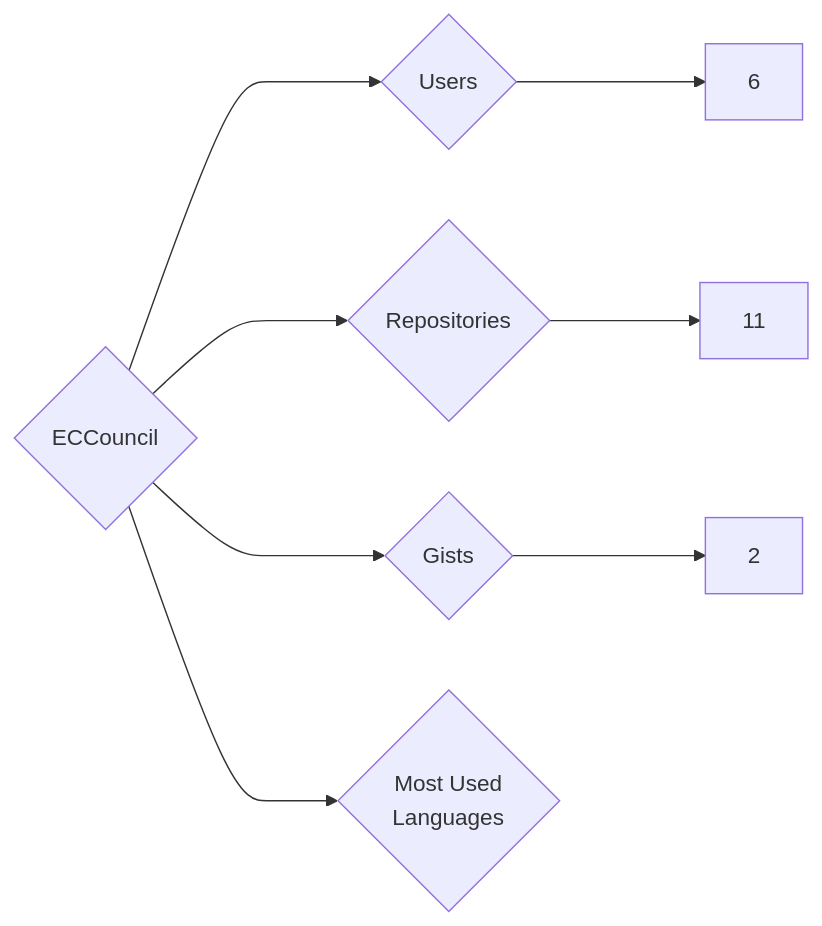
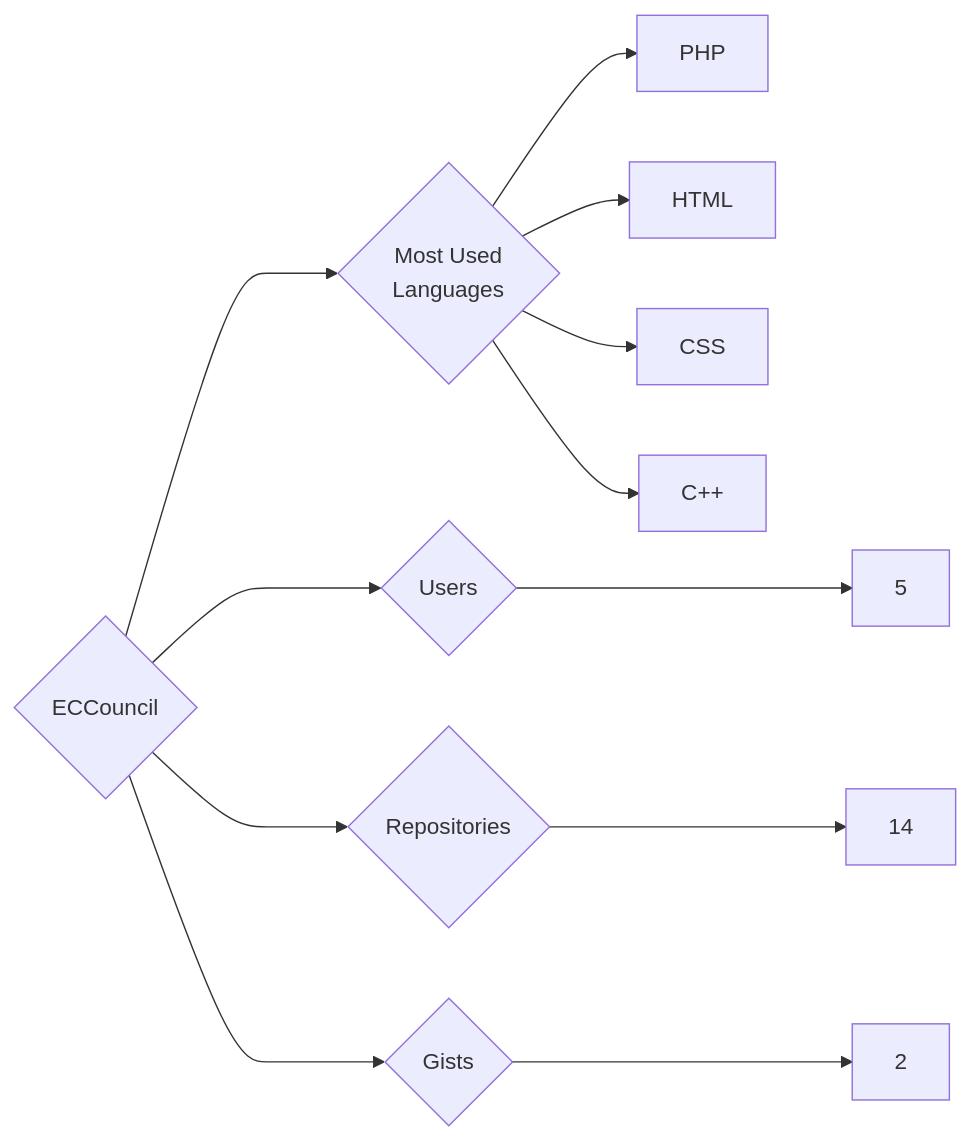
One commit to trickest/insiders changed the diagram in targets/ECCouncil/README.md. Above: the diagram before and after it, drawn with Mermaid. The commit also changed 988 other files, not shown here.

````diff
--- a/targets/ECCouncil/README.md
+++ b/targets/ECCouncil/README.md
@@ -3,8 +3,12 @@
 ```mermaid
 graph LR
 COMPANY_NAME{ECCouncil}
-COMPANY_NAME ---> U{Users} ---> UN[6]
-COMPANY_NAME ---> R{Repositories} ---> RN[11]
+COMPANY_NAME ---> U{Users} ---> UN[5]
+COMPANY_NAME ---> R{Repositories} ---> RN[14]
 COMPANY_NAME ---> G{Gists} ---> GN[2]
 COMPANY_NAME ---> ML{Most Used<br>Languages}
+ML --> PHP[PHP]
+ML --> HTML[HTML]
+ML --> CSS[CSS]
+ML --> C++[C++]
 ```
````
